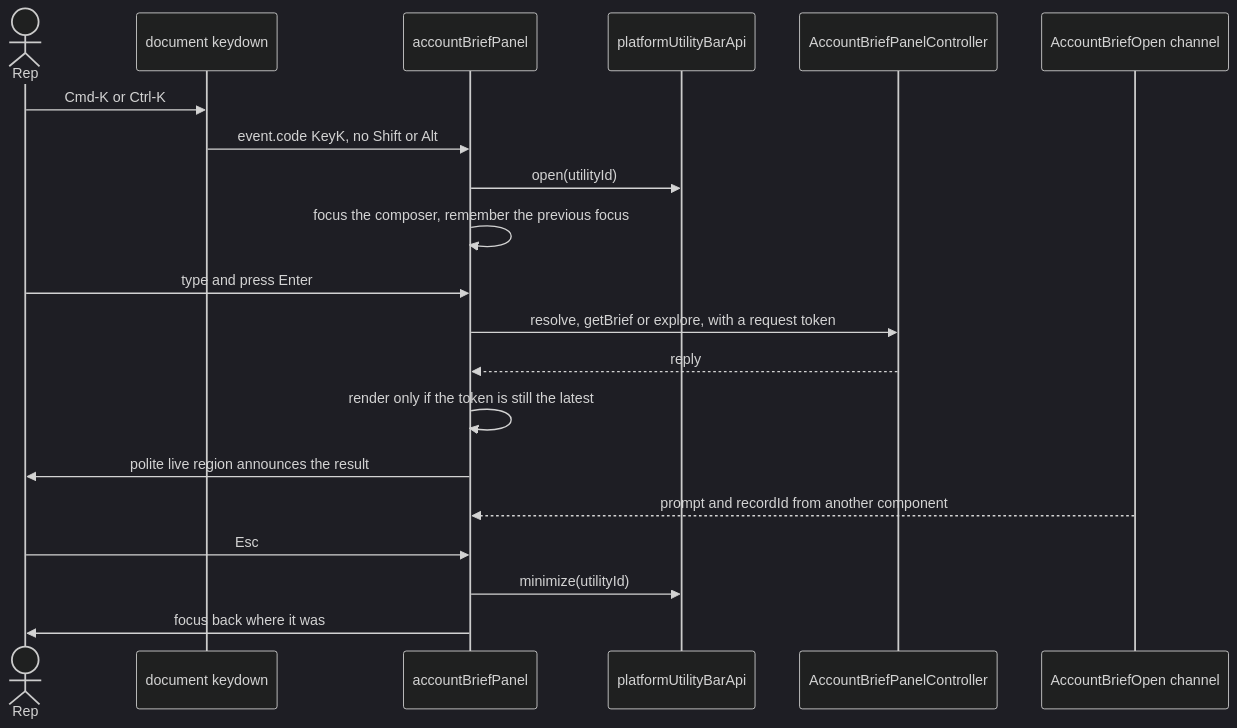
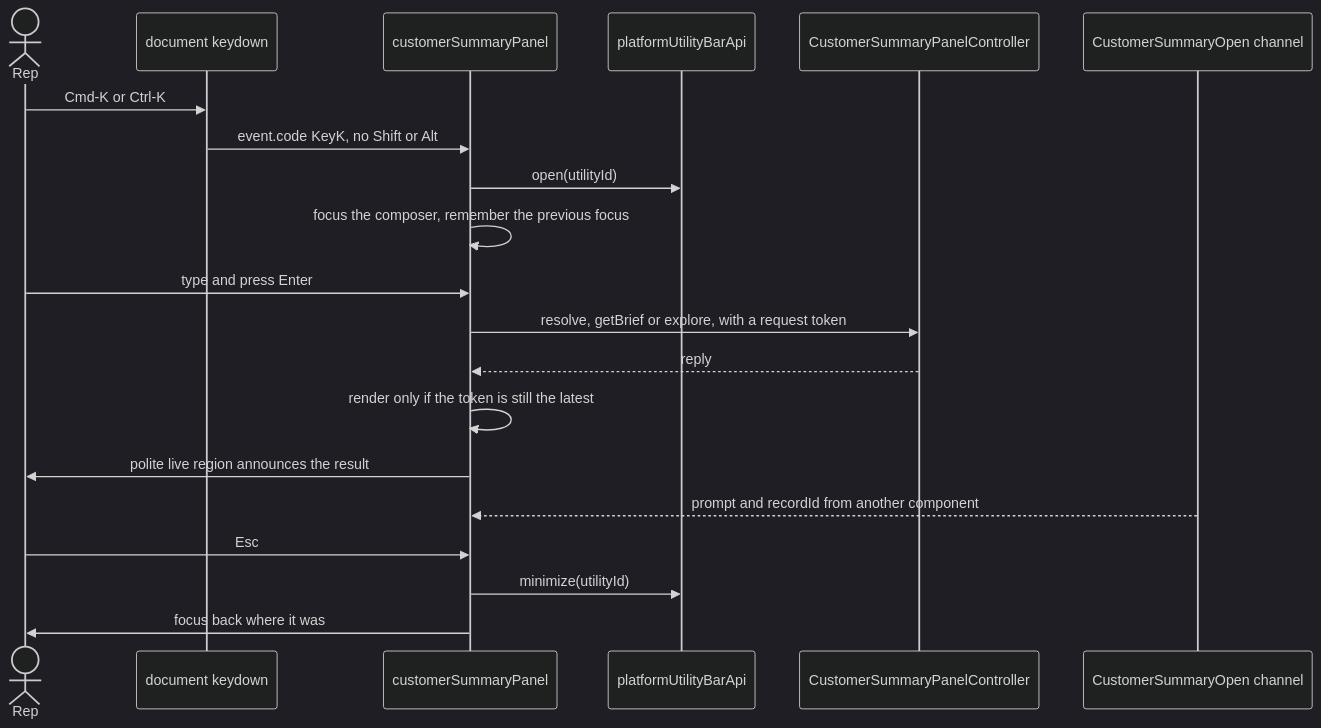
The diagram in docs/patterns/03-hotkey-panel.md (nelsben/generic-agent), drawn with Mermaid (dark theme) before and after one commit. The commit also changed other lines of this file and 160 other files, not shown here.

First line of the commit message:
BE-23: FR2 rename in the repo, Account Brief becomes Customer Summary (GO)

````diff
--- a/docs/patterns/03-hotkey-panel.md
+++ b/docs/patterns/03-hotkey-panel.md
@@ -18,22 +18,22 @@
 ```mermaid
 sequenceDiagram
     actor U as Rep
     participant DOC as document keydown
-    participant P as accountBriefPanel
+    participant P as customerSummaryPanel
     participant UB as platformUtilityBarApi
-    participant C as AccountBriefPanelController
-    participant LMS as AccountBriefOpen channel
+    participant C as CustomerSummaryPanelController
+    participant LMS as CustomerSummaryOpen channel
     U->>DOC: Cmd-K or Ctrl-K
     DOC->>P: event.code KeyK, no Shift or Alt
     P->>UB: open(utilityId)
     P->>P: focus the composer, remember the previous focus
     U->>P: type and press Enter
     P->>C: resolve, getBrief or explore, with a request token
     C-->>P: reply
     P->>P: render only if the token is still the latest
     P->>U: polite live region announces the result
     LMS-->>P: prompt and recordId from another component
     U->>P: Esc
     P->>UB: minimize(utilityId)
     P->>U: focus back where it was
 ```
````
